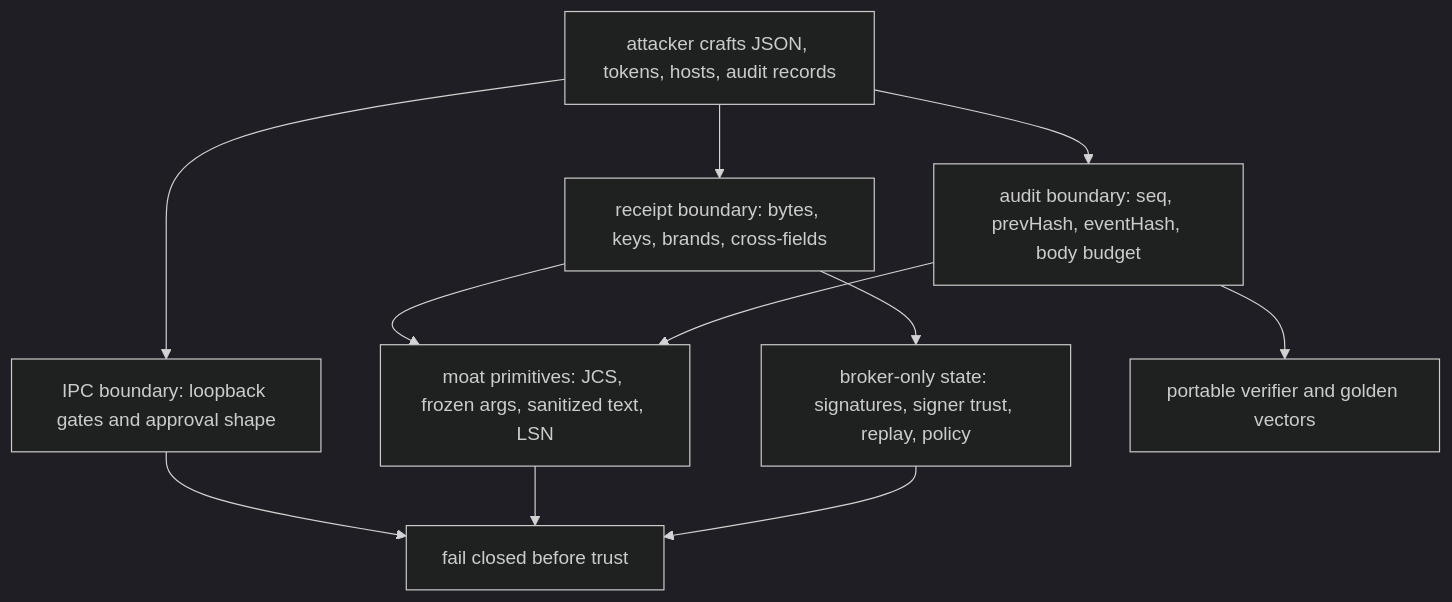
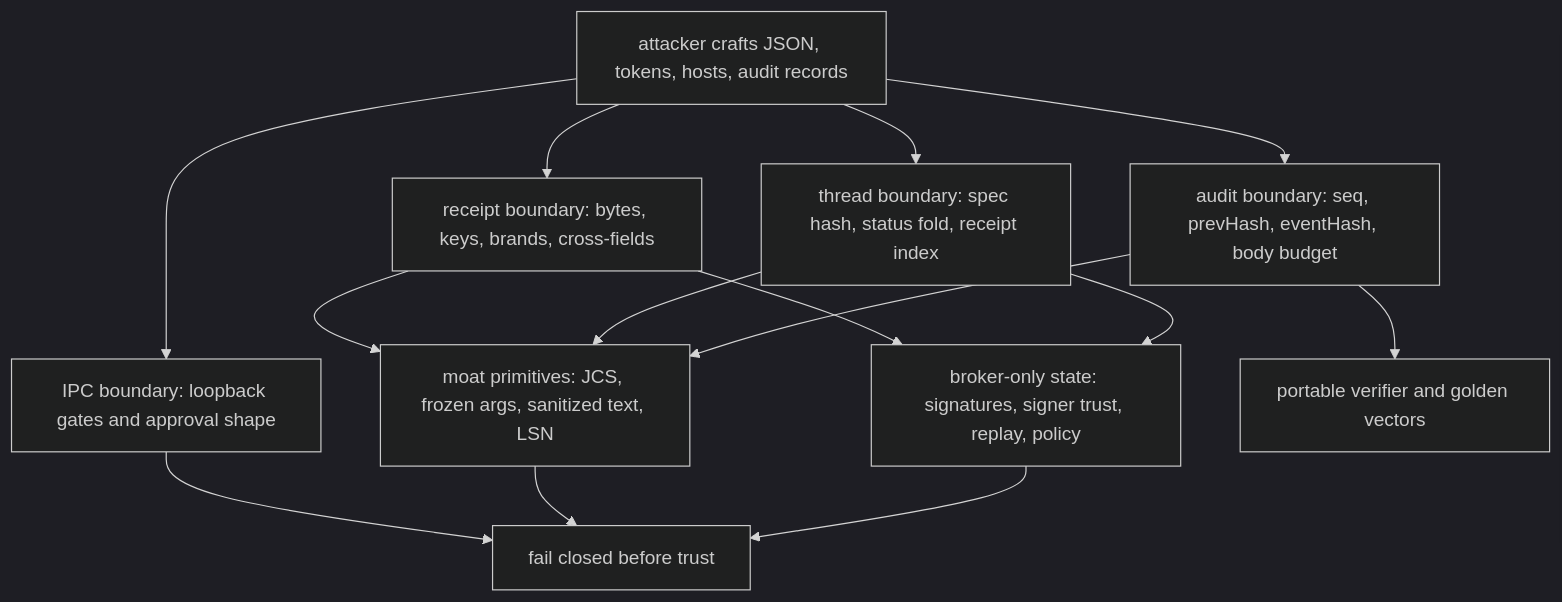
One commit to nex-crm/wuphf changed the third of 3 diagrams in packages/protocol/docs/OVERVIEW.md. Above: the diagram before and after it, drawn with Mermaid (dark theme). The commit also changed other lines of this file and 3 other files, not shown here.

````diff
--- a/packages/protocol/docs/OVERVIEW.md
+++ b/packages/protocol/docs/OVERVIEW.md
@@ -166,21 +183,25 @@
 ```mermaid
 graph TB
   attacker[attacker crafts JSON, tokens, hosts, audit records]
   ipc[IPC boundary: loopback gates and approval shape]
   receipt[receipt boundary: bytes, keys, brands, cross-fields]
+  thread[thread boundary: spec hash, status fold, receipt index]
   primitives[moat primitives: JCS, frozen args, sanitized text, LSN]
   audit[audit boundary: seq, prevHash, eventHash, body budget]
   broker[broker-only state: signatures, signer trust, replay, policy]
   reject[fail closed before trust]
   portable[portable verifier and golden vectors]
   attacker --> ipc
   attacker --> receipt
+  attacker --> thread
   attacker --> audit
   ipc --> reject
   receipt --> primitives
+  thread --> primitives
   primitives --> reject
   receipt --> broker
+  thread --> broker
   audit --> primitives
   audit --> portable
   broker --> reject
 ```
````
